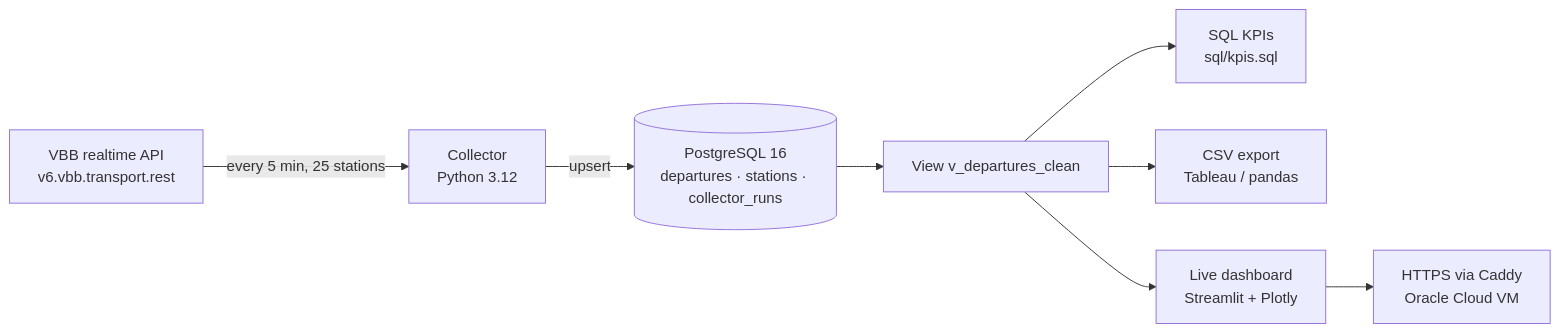
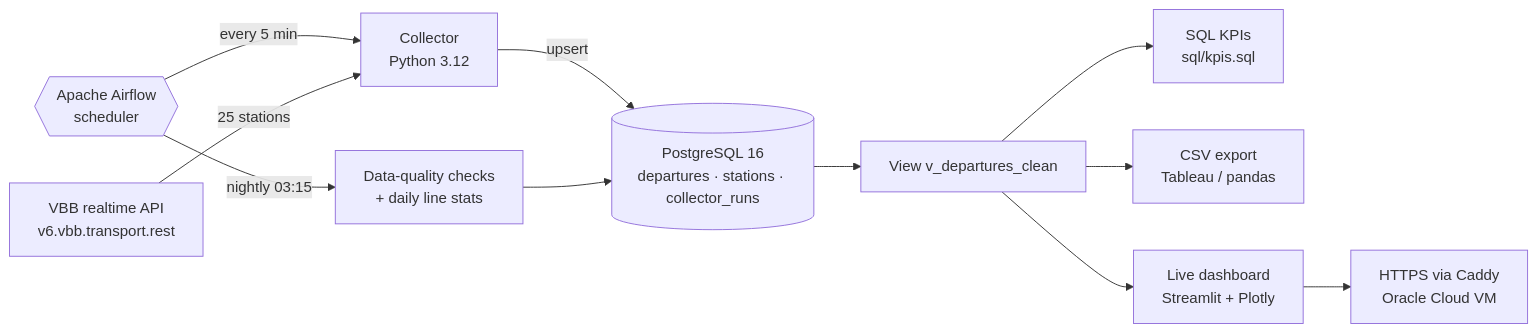
Before and after one commit to Anant2580/berlin-transit-delays: the diagram in README.md, drawn with Mermaid. The commit also changed other lines of this file and 12 other files, not shown here.

First line of the commit message:
Orchestrate collection and nightly quality checks with Apache Airflow

````diff
--- a/README.md
+++ b/README.md
@@ -27,10 +28,13 @@
 ```mermaid
 flowchart LR
-    API["VBB realtime API<br/>v6.vbb.transport.rest"] -->|every 5 min, 25 stations| C["Collector<br/>Python 3.12"]
+    AF{{"Apache Airflow<br/>scheduler"}} -->|every 5 min| C["Collector<br/>Python 3.12"]
+    API["VBB realtime API<br/>v6.vbb.transport.rest"] -->|25 stations| C
     C -->|upsert| DB[("PostgreSQL 16<br/>departures · stations · collector_runs")]
+    AF -->|nightly 03:15| Q["Data-quality checks<br/>+ daily line stats"]
+    Q --> DB
     DB --> V["View v_departures_clean"]
     V --> K["SQL KPIs<br/>sql/kpis.sql"]
     V --> E["CSV export<br/>Tableau / pandas"]
     V --> D["Live dashboard<br/>Streamlit + Plotly"]
     D --> W["HTTPS via Caddy<br/>Oracle Cloud VM"]
 ```
````
